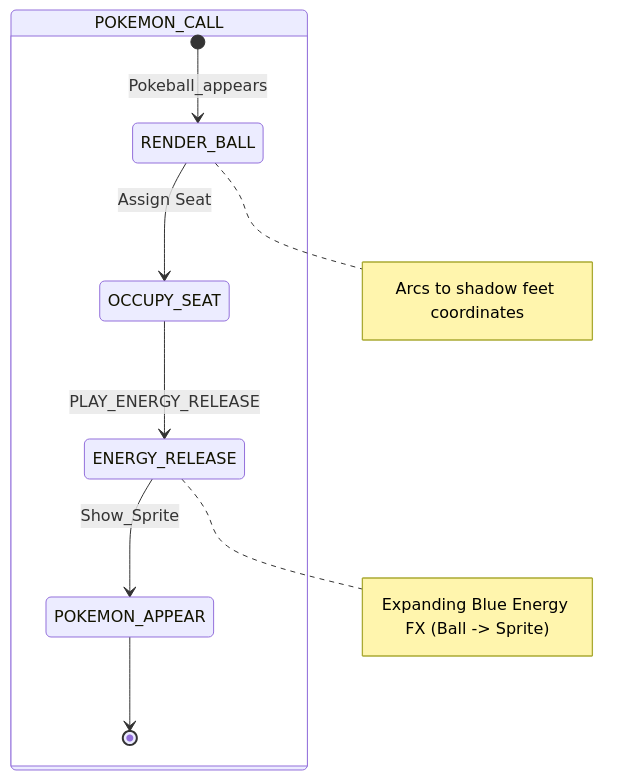
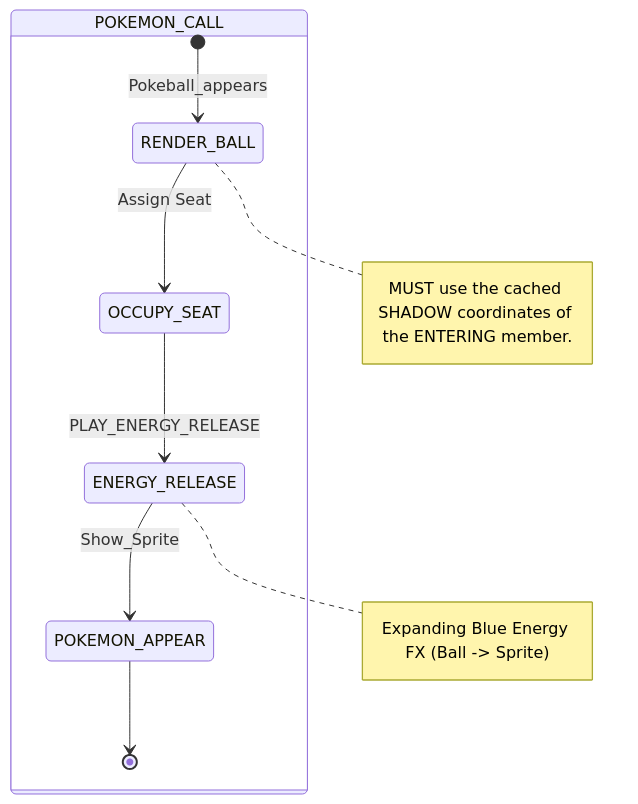
One commit to Darkham77/PokeBorrador changed diagram 15 of 18 in .agents/skills/project-standards/references/battle/battle_mechanics_manual.md. Above: the diagram before and after it, drawn with Mermaid. The commit also changed other lines of this file and 20 other files, not shown here.

````diff
--- a/.agents/skills/project-standards/references/battle/battle_mechanics_manual.md
+++ b/.agents/skills/project-standards/references/battle/battle_mechanics_manual.md
@@ -756,13 +736,13 @@
 ```mermaid
 stateDiagram-v2
     state POKEMON_CALL {
         [*] --> RENDER_BALL: Pokeball_appears
         RENDER_BALL --> OCCUPY_SEAT: Assign Seat
         OCCUPY_SEAT --> ENERGY_RELEASE: PLAY_ENERGY_RELEASE
         ENERGY_RELEASE --> POKEMON_APPEAR: Show_Sprite
         POKEMON_APPEAR --> [*]
         
-        note right of RENDER_BALL: Arcs to shadow feet coordinates
+        note right of RENDER_BALL: MUST use the cached SHADOW coordinates of the ENTERING member.
         note right of ENERGY_RELEASE: Expanding Blue Energy FX (Ball -> Sprite)
     }
 ```
````
